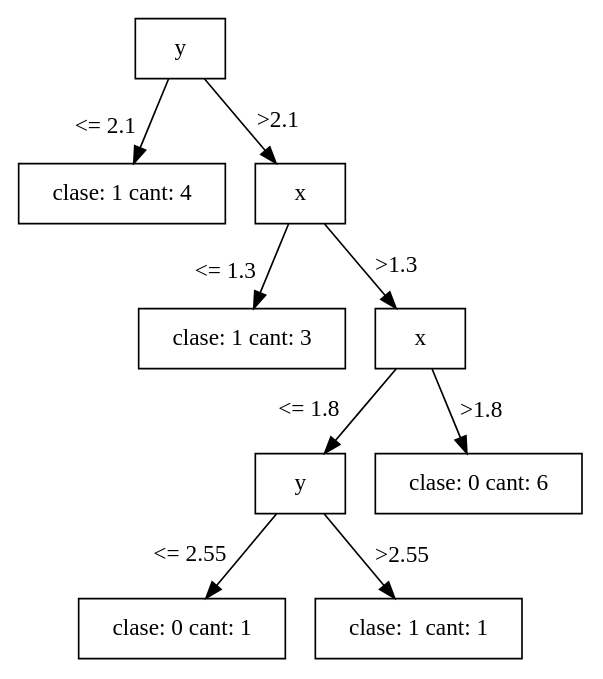
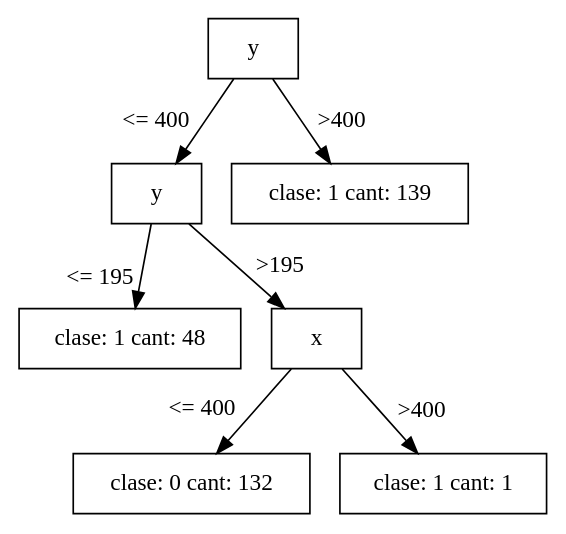
One commit to gabrielhruza/iatpi changed the diagram in arbol.gv. Above: the diagram before and after it, drawn with Graphviz. The commit also changed 5 other files, not shown here.

```diff
--- a/arbol.gv
+++ b/arbol.gv
@@ -1,21 +1,17 @@
 digraph "mi arbol" {
 	size=8.5
 	node [shape=box]
 	0 [label=y]
-	0 -> 1 [headlabel="<= 2.1" labelangle=60 labeldistance=2.8]
-	0 -> 2 [label=">2.1"]
-	1 [label="clase: 1 cant: 4"]
-	2 [label=x]
-	2 -> 3 [headlabel="<= 1.3" labelangle=60 labeldistance=2.8]
-	2 -> 4 [label=">1.3"]
-	3 [label="clase: 1 cant: 3"]
-	4 [label=x]
-	4 -> 5 [headlabel="<= 1.8" labelangle=60 labeldistance=2.8]
-	4 -> 8 [label=">1.8"]
-	5 [label=y]
-	5 -> 6 [headlabel="<= 2.55" labelangle=60 labeldistance=2.8]
-	5 -> 7 [label=">2.55"]
-	6 [label="clase: 0 cant: 1"]
-	7 [label="clase: 1 cant: 1"]
-	8 [label="clase: 0 cant: 6"]
+	0 -> 1 [headlabel="<= 400" labelangle=60 labeldistance=2.8]
+	0 -> 6 [label=">400"]
+	1 [label=y]
+	1 -> 2 [headlabel="<= 195" labelangle=60 labeldistance=2.8]
+	1 -> 3 [label=">195"]
+	2 [label="clase: 1 cant: 48"]
+	3 [label=x]
+	3 -> 4 [headlabel="<= 400" labelangle=60 labeldistance=2.8]
+	3 -> 5 [label=">400"]
+	4 [label="clase: 0 cant: 132"]
+	5 [label="clase: 1 cant: 1"]
+	6 [label="clase: 1 cant: 139"]
 }
```
